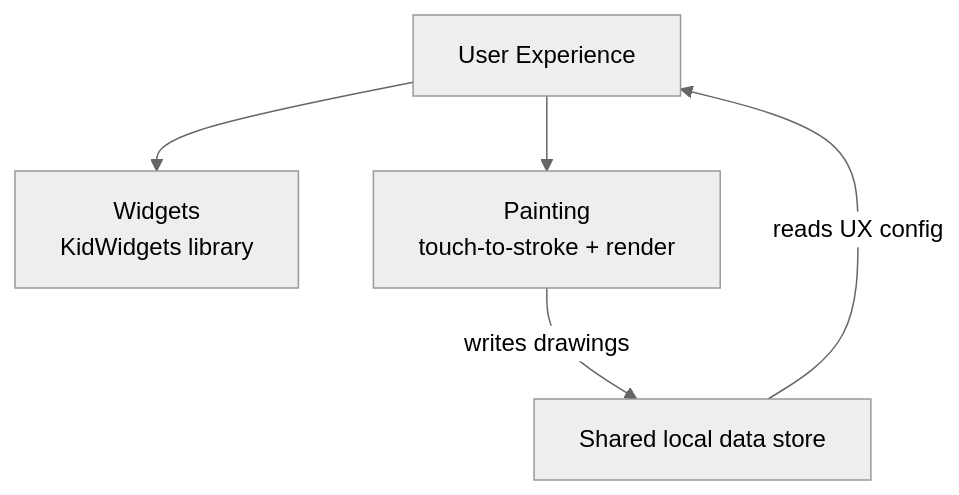
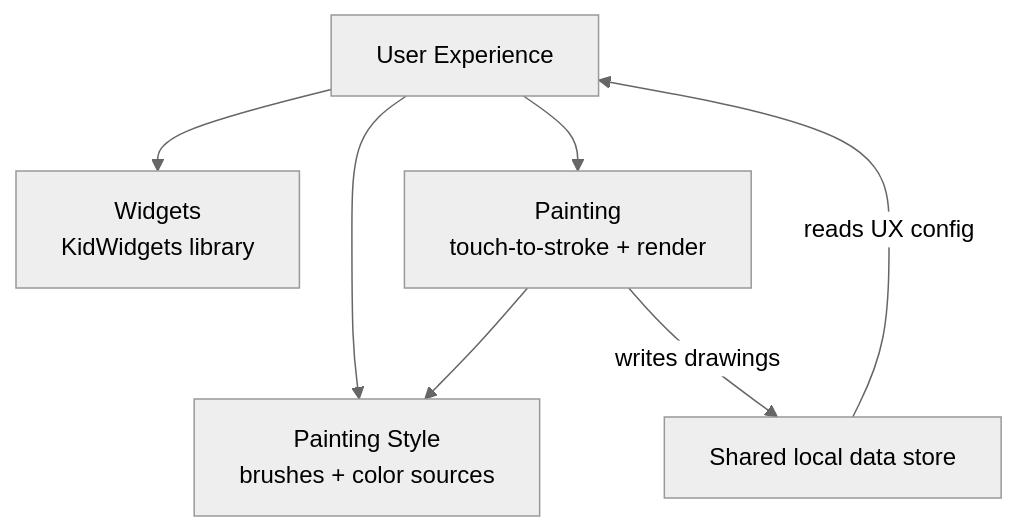
One commit to clahey/kinderdraw changed the diagram in docs/intent/kid-canvas/kid-canvas-design.md. Above: the diagram before and after it, drawn with Mermaid (neutral theme). The commit also changed other lines of this file and 38 other files, not shown here.

````diff
--- a/docs/intent/kid-canvas/kid-canvas-design.md
+++ b/docs/intent/kid-canvas/kid-canvas-design.md
@@ -24,12 +25,15 @@
 ```mermaid
 graph TD
     UX[User Experience]
     Widgets[Widgets<br/>KidWidgets library]
     Painting[Painting<br/>touch-to-stroke + render]
+    Style[Painting Style<br/>brushes + color sources]
     Store[Shared local data store]
 
     UX --> Widgets
     UX --> Painting
+    UX --> Style
+    Painting --> Style
     Store -- reads UX config --> UX
     Painting -- writes drawings --> Store
 ```
````
